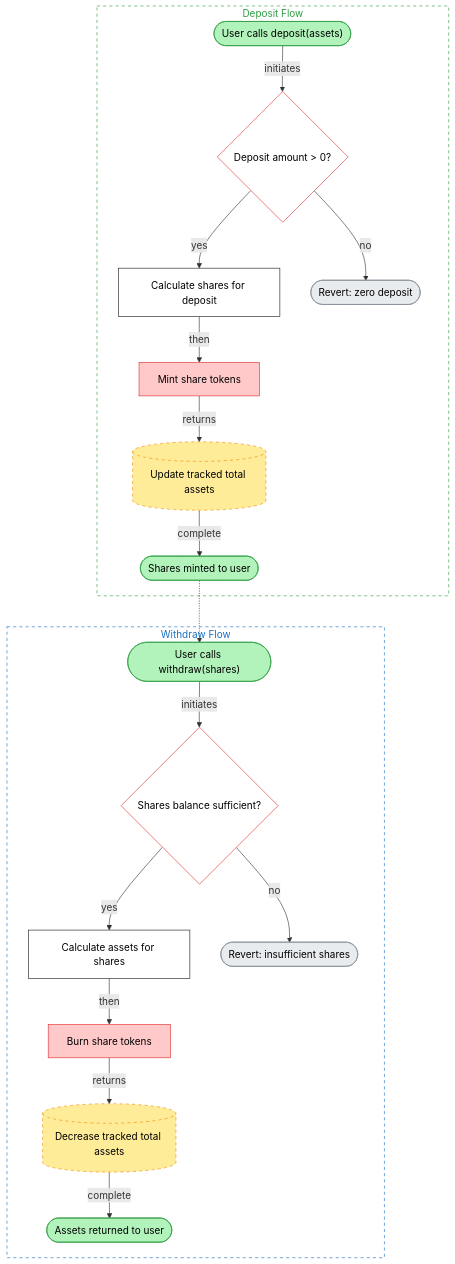
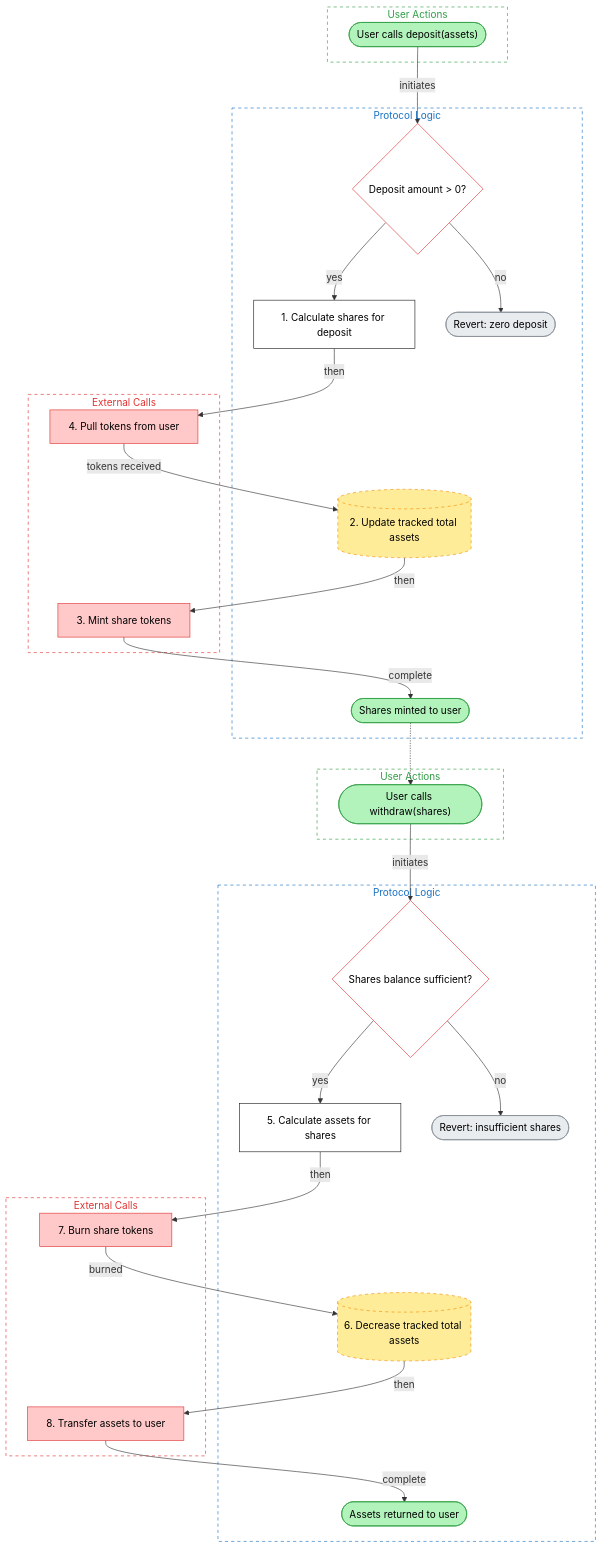
One commit to andreitoma8/hex changed the diagram in packages/cli/src/skills/generate-flows.md. Above: the diagram before and after it, drawn with Mermaid. The commit also changed other lines of this file and 6 other files, not shown here.

First line of the commit message:
Enhance skill prompts — trust zones, proxy notation, protocol archetypes, weird tokens

````diff
--- a/packages/cli/src/skills/generate-flows.md
+++ b/packages/cli/src/skills/generate-flows.md
@@ -147,55 +238,76 @@
 ```mermaid
 %% Flow: ERC-4626 deposit and withdraw — user deposits underlying tokens for vault
 %% shares, or redeems shares back to underlying after validation and accounting updates.
 graph TD
-  subgraph depositFlow["Deposit Flow"]
+  subgraph userZone["User Actions"]
     start(["User calls deposit(assets)"]):::entry
+  end
+
+  subgraph protocolZone["Protocol Logic"]
     d1{"Deposit amount > 0?"}:::decision
-    s1["Calculate shares for deposit"]:::step
-    mint["Mint share tokens"]:::ext
-    s2[("Update tracked total assets")]:::state
+    s1["1. Calculate shares for deposit"]:::step
+    s2[("2. Update tracked total assets")]:::state
     ok(["Shares minted to user"]):::success
     fail(["Revert: zero deposit"]):::reject
   end
 
-  subgraph withdrawFlow["Withdraw Flow"]
+  subgraph extZone["External Calls"]
+    mint["3. Mint share tokens"]:::ext
+    pull["4. Pull tokens from user"]:::ext
+  end
+
+  subgraph userZone2["User Actions"]
     startW(["User calls withdraw(shares)"]):::entry
+  end
+
+  subgraph protocolZone2["Protocol Logic"]
     w1{"Shares balance sufficient?"}:::decision
-    w2["Calculate assets for shares"]:::step
-    burn["Burn share tokens"]:::ext
-    w3[("Decrease tracked total assets")]:::state
+    w2["5. Calculate assets for shares"]:::step
+    w3[("6. Decrease tracked total assets")]:::state
     okW(["Assets returned to user"]):::success
     failW(["Revert: insufficient shares"]):::reject
+  end
+
+  subgraph extZone2["External Calls"]
+    burn["7. Burn share tokens"]:::ext
+    send["8. Transfer assets to user"]:::ext
   end
 
   start -->|"initiates"| d1
   d1 -->|"yes"| s1
   d1 -->|"no"| fail
-  s1 -->|"then"| mint
-  mint -->|"returns"| s2
-  s2 -->|"complete"| ok
+  s1 -->|"then"| pull
+  pull -->|"tokens received"| s2
+  s2 -->|"then"| mint
+  mint -->|"complete"| ok
 
   ok -.-> startW
 
   startW -->|"initiates"| w1
   w1 -->|"yes"| w2
   w1 -->|"no"| failW
   w2 -->|"then"| burn
-  burn -->|"returns"| w3
-  w3 -->|"complete"| okW
+  burn -->|"burned"| w3
+  w3 -->|"then"| send
+  send -->|"complete"| okW
 
   classDef entry fill:#b2f2bb,stroke:#2f9e44,color:#000
   classDef step fill:#ffffff,stroke:#1e1e1e,color:#000
   classDef state fill:#ffec99,stroke:#f08c00,color:#000,stroke-dasharray:5 5
   classDef ext fill:#ffc9c9,stroke:#e03131,color:#000
   classDef decision fill:#ffffff,stroke:#e03131,color:#000
   classDef reject fill:#e9ecef,stroke:#868e96,color:#000
   classDef success fill:#b2f2bb,stroke:#2f9e44,color:#000
 
-  style depositFlow fill:none,stroke:#2f9e44,stroke-dasharray:5 5,color:#2f9e44
-  style withdrawFlow fill:none,stroke:#1971c2,stroke-dasharray:5 5,color:#1971c2
+  style userZone fill:none,stroke:#2f9e44,stroke-dasharray:5 5,color:#2f9e44
+  style protocolZone fill:none,stroke:#1971c2,stroke-dasharray:5 5,color:#1971c2
+  style extZone fill:none,stroke:#e03131,stroke-dasharray:5 5,color:#e03131
+  style userZone2 fill:none,stroke:#2f9e44,stroke-dasharray:5 5,color:#2f9e44
+  style protocolZone2 fill:none,stroke:#1971c2,stroke-dasharray:5 5,color:#1971c2
+  style extZone2 fill:none,stroke:#e03131,stroke-dasharray:5 5,color:#e03131
 
 %% --- Legend ---
 %% Shapes: ([...])=Start/End  [...]= Step  [(...)]= State change  {...}=Decision
 %% Colors: green=Entry/Success  white=Step  yellow=State  red=External/Decision  gray=Revert
+%% Trust zones: green-dashed=User  blue-dashed=Protocol  red-dashed=External
 ```
````
